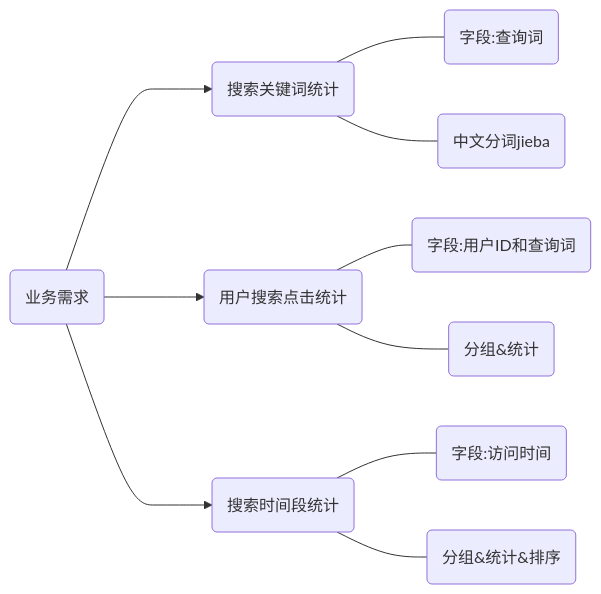
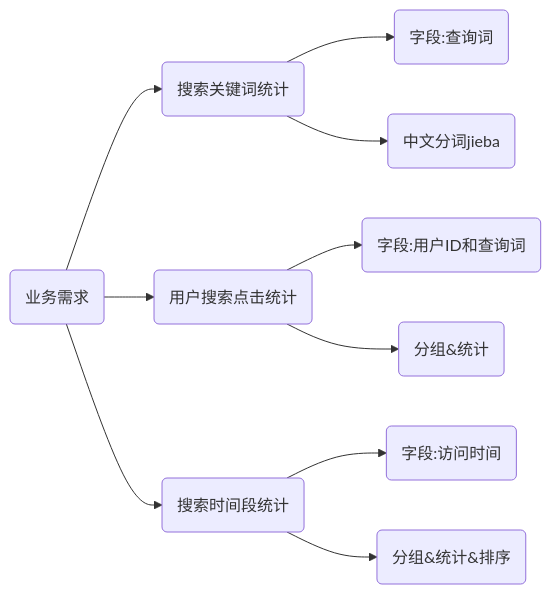
One commit to cocotwp/cocotwp.github.io changed the diagram in _posts/2021-12-15-SparkCore.md. Above: the diagram before and after it, drawn with Mermaid.

````diff
--- a/_posts/2021-12-15-SparkCore.md
+++ b/_posts/2021-12-15-SparkCore.md
@@ -83,12 +83,12 @@
 ```mermaid
 graph LR;
-	A(业务需求)--->B(搜索关键词统计);
-	A--->C(用户搜索点击统计);
-	A--->D(搜索时间段统计);
-	B---b1(字段:查询词);
-	B---b2(中文分词jieba);
-	C---c1(字段:用户ID和查询词);
-	C---c2(分组&统计);
-	D---d1(字段:访问时间);
-	D---d2(分组&统计&排序);
+	A(业务需求)-->B(搜索关键词统计);
+	A-->C(用户搜索点击统计);
+	A-->D(搜索时间段统计);
+	B-->b1(字段:查询词);
+	B-->b2(中文分词jieba);
+	C-->c1(字段:用户ID和查询词);
+	C-->c2(分组&统计);
+	D-->d1(字段:访问时间);
+	D-->d2(分组&统计&排序);
 ```
````
